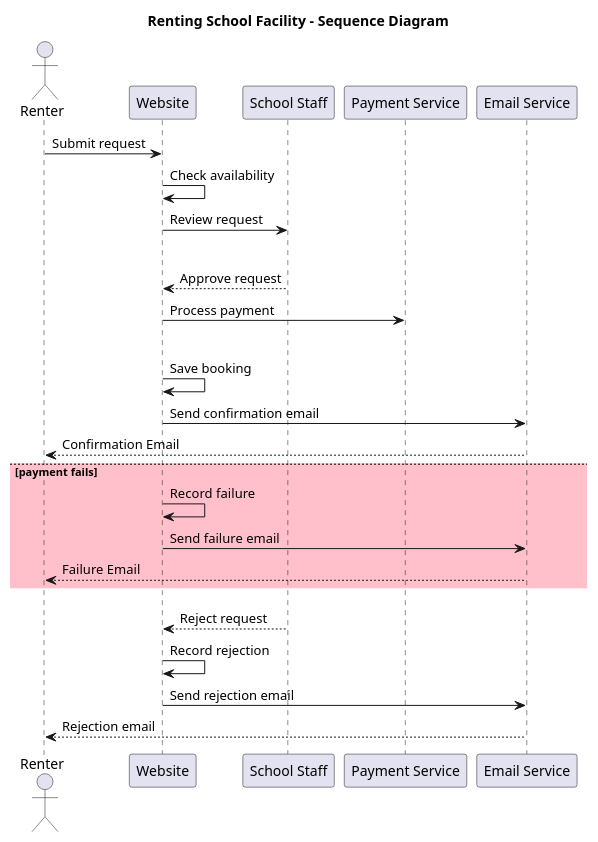
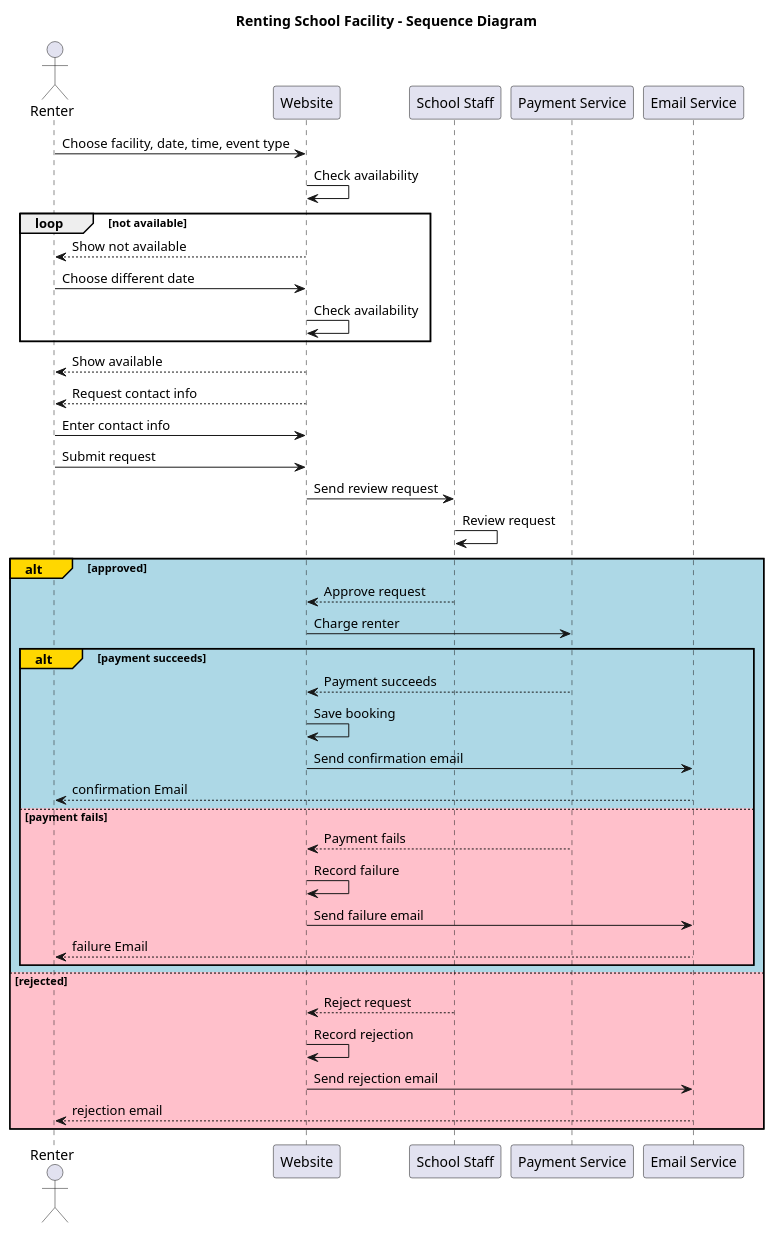
One commit to gummiebearz/CS_3560-Homework_Six changed the diagram in src/sequence_diagram.puml. Above: the diagram before and after it, drawn with PlantUML.

Commit message:
Added loop control for check availability, fix dangling controlblocks

```diff
--- a/src/sequence_diagram.puml
+++ b/src/sequence_diagram.puml
@@ -1,31 +1,45 @@
 @startuml
 title Renting School Facility - Sequence Diagram
 
 actor Renter
-participant Website as Website
+participant Website
 participant "School Staff" as Staff
 participant "Payment Service" as Pay
 participant "Email Service" as Email
 
+Renter -> Website: Choose facility, date, time, event type
+Website -> Website: Check availability
+loop not available
+    Website --> Renter: Show not available
+    Renter -> Website: Choose different date
+    Website -> Website: Check availability
+end
+Website --> Renter: Show available
+Website --> Renter: Request contact info
+Renter -> Website: Enter contact info
 Renter -> Website: Submit request
-Website -> Website: Check availability
-Website -> Staff: Review request
+Website -> Staff: Send review request
+Staff -> Staff: Review request
 
 alt#Gold #LightBlue approved
     Staff --> Website: Approve request
-    Website -> Pay: Process payment
+    Website -> Pay: Charge renter
     alt#Gold #LightBlue payment succeeds
+        Pay --> Website: Payment succeeds
         Website -> Website: Save booking
         Website -> Email: Send confirmation email
-        Email --> Renter: Confirmation Email
+        Email --> Renter: confirmation Email
     else #Pink payment fails
+        Pay --> Website: Payment fails
         Website -> Website: Record failure
         Website -> Email: Send failure email
-        Email --> Renter: Failure Email
+        Email --> Renter: failure Email
+    end
 else #Pink rejected
     Staff --> Website: Reject request
     Website -> Website: Record rejection
     Website -> Email: Send rejection email
-    Email --> Renter: Rejection email
+    Email --> Renter: rejection email
+end
 
 @enduml
```
